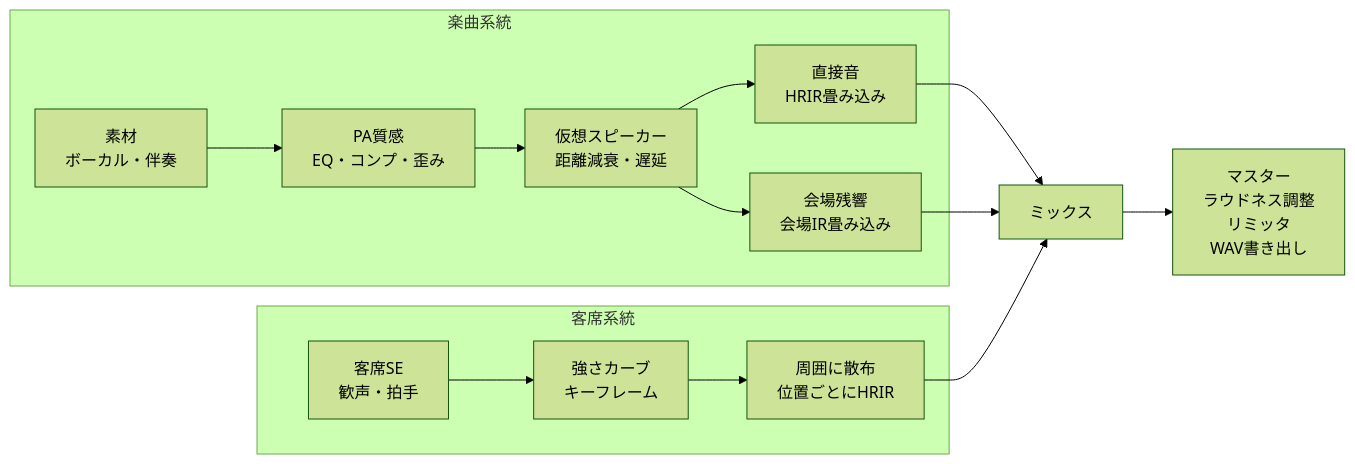
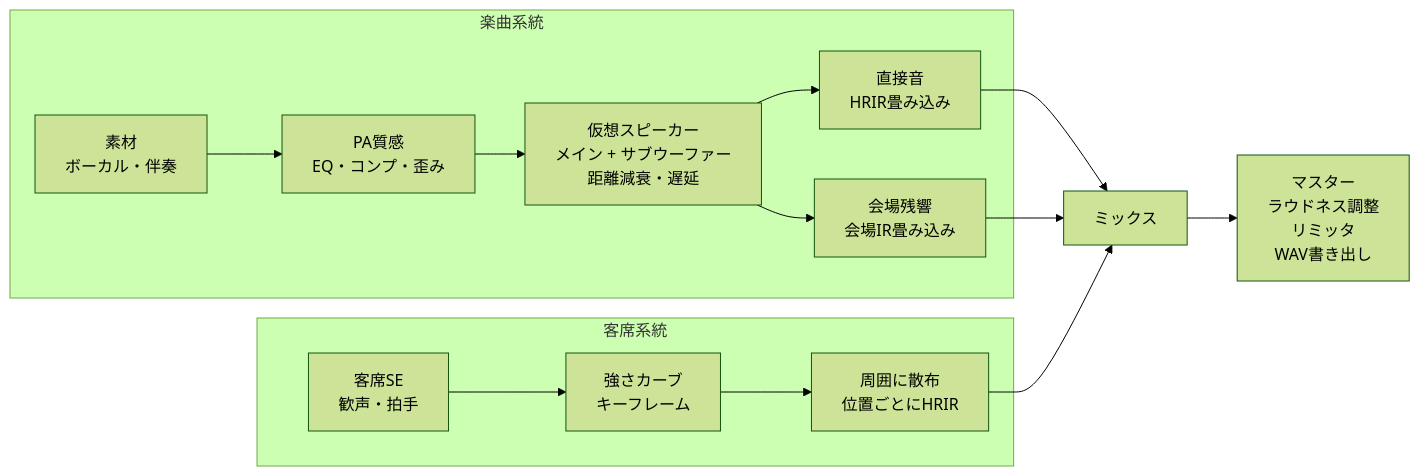
One commit to otoyuzu705/TottemoLive changed the second of 2 diagrams in livebin-design.md. Above: the diagram before and after it, drawn with Mermaid (forest theme). The commit also changed other lines of this file and 1 other file, not shown here.

````diff
--- a/livebin-design.md
+++ b/livebin-design.md
@@ -52,19 +52,19 @@
 ```mermaid
 flowchart LR
     subgraph MUSIC["楽曲系統"]
         SRC["素材<br/>ボーカル・伴奏"] --> PA["PA質感<br/>EQ・コンプ・歪み"]
-        PA --> SPK["仮想スピーカー<br/>距離減衰・遅延"]
+        PA --> SPK["仮想スピーカー<br/>メイン + サブウーファー<br/>距離減衰・遅延"]
         SPK --> DIRECT["直接音<br/>HRIR畳み込み"]
         SPK --> REVERB["会場残響<br/>会場IR畳み込み"]
     end
 
     subgraph CROWD["客席系統"]
         SE["客席SE<br/>歓声・拍手"] --> CURVE["強さカーブ<br/>キーフレーム"]
         CURVE --> SCATTER["周囲に散布<br/>位置ごとにHRIR"]
     end
 
     DIRECT --> MIX["ミックス"]
     REVERB --> MIX
     SCATTER --> MIX
     MIX --> MASTER["マスター<br/>ラウドネス調整<br/>リミッタ<br/>WAV書き出し"]
 ```
````
